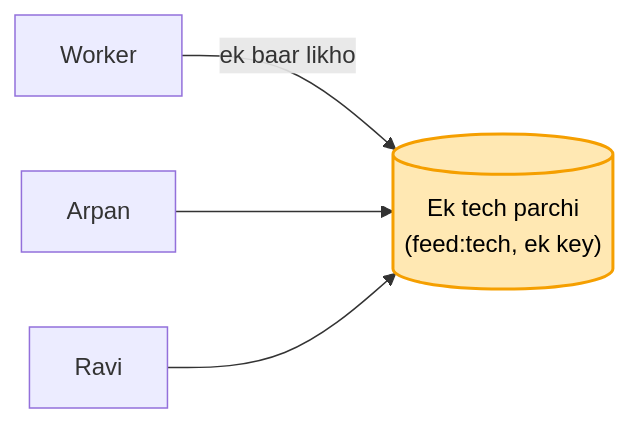
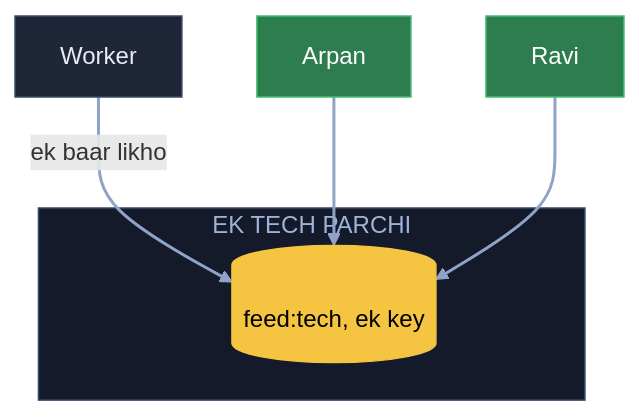
Before and after one commit to ArpanMaheshwari144/Prep: the eighth of 11 diagrams in 04_HLD/SYSTEM_DESIGNS/08_news_aggregator/08_news_aggregator.md, drawn with Mermaid. The commit also changed other lines of this file, not shown here.

Commit message:
News: 11 diagram YouTube (reel) wale card andaaz me

````diff
--- a/04_HLD/SYSTEM_DESIGNS/08_news_aggregator/08_news_aggregator.md
+++ b/04_HLD/SYSTEM_DESIGNS/08_news_aggregator/08_news_aggregator.md
@@ -163,7 +241,18 @@
 ```mermaid
-flowchart LR
-    W["Worker"] -- "ek baar likho" --> T[("Ek tech parchi<br/>(feed:tech, ek key)")]
-    A["Arpan"] --> T
-    R["Ravi"] --> T
-    style T fill:#ffe8b3,stroke:#f59f00,stroke-width:2px,color:#000
+flowchart TB
+    W["Worker"]:::card
+    subgraph ET["EK TECH PARCHI"]
+        T[("feed:tech, ek key")]:::pill
+    end
+    A["Arpan"]:::good
+    R["Ravi"]:::good
+    W -- "ek baar likho" --> T
+    A --> T
+    R --> T
+    linkStyle default stroke:#8fa3c7,stroke-width:2px
+    classDef card fill:#1e2638,stroke:#3a4a6b,color:#e8ecf5
+    classDef pill fill:#f5c542,stroke:#f5c542,color:#000
+    classDef good fill:#2e7d4f,stroke:#3fbf6f,color:#fff
+    classDef bad fill:#5c1f24,stroke:#e05561,color:#fff
+    style ET fill:#141a29,stroke:#3a4a6b,color:#9fb3d9
 ```
````
